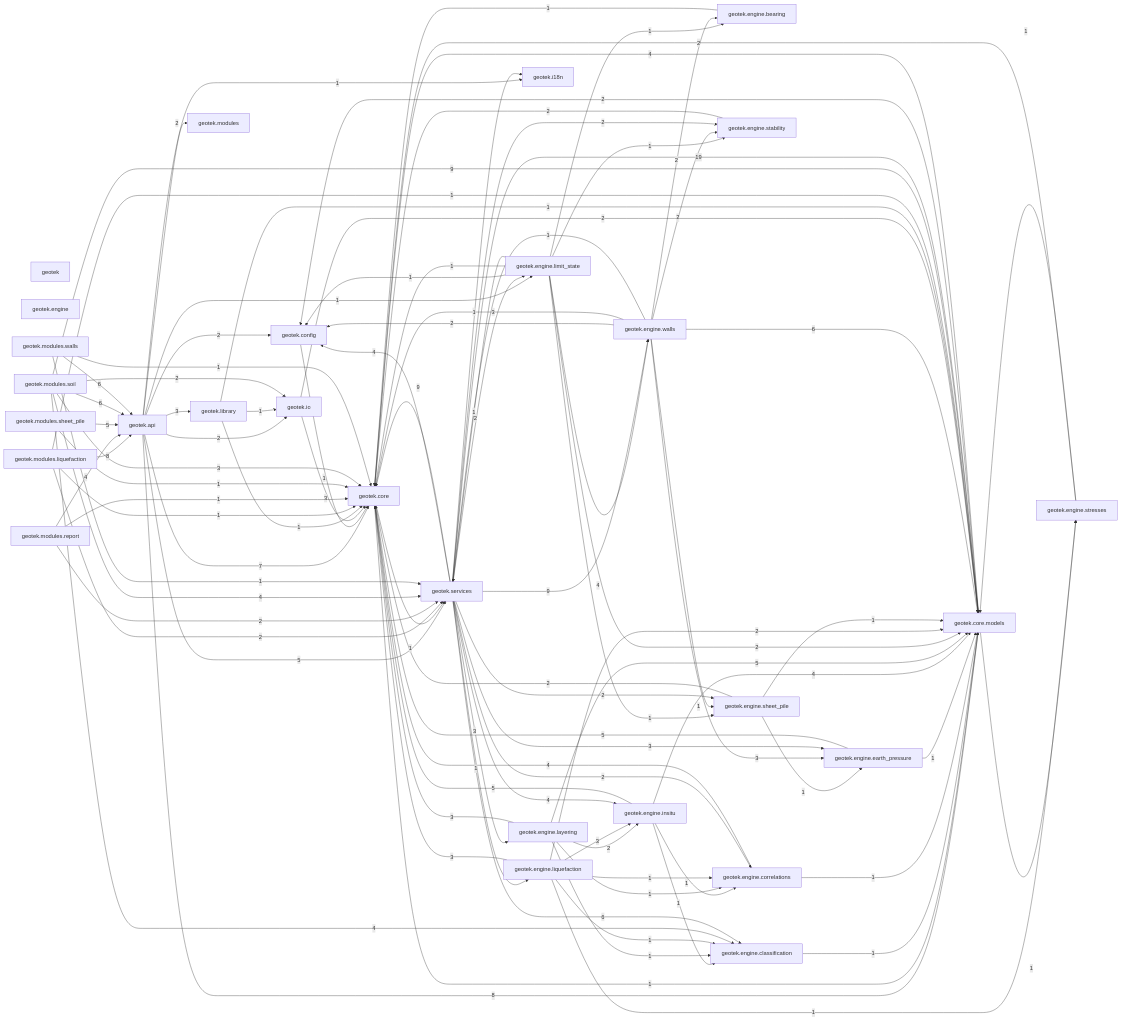
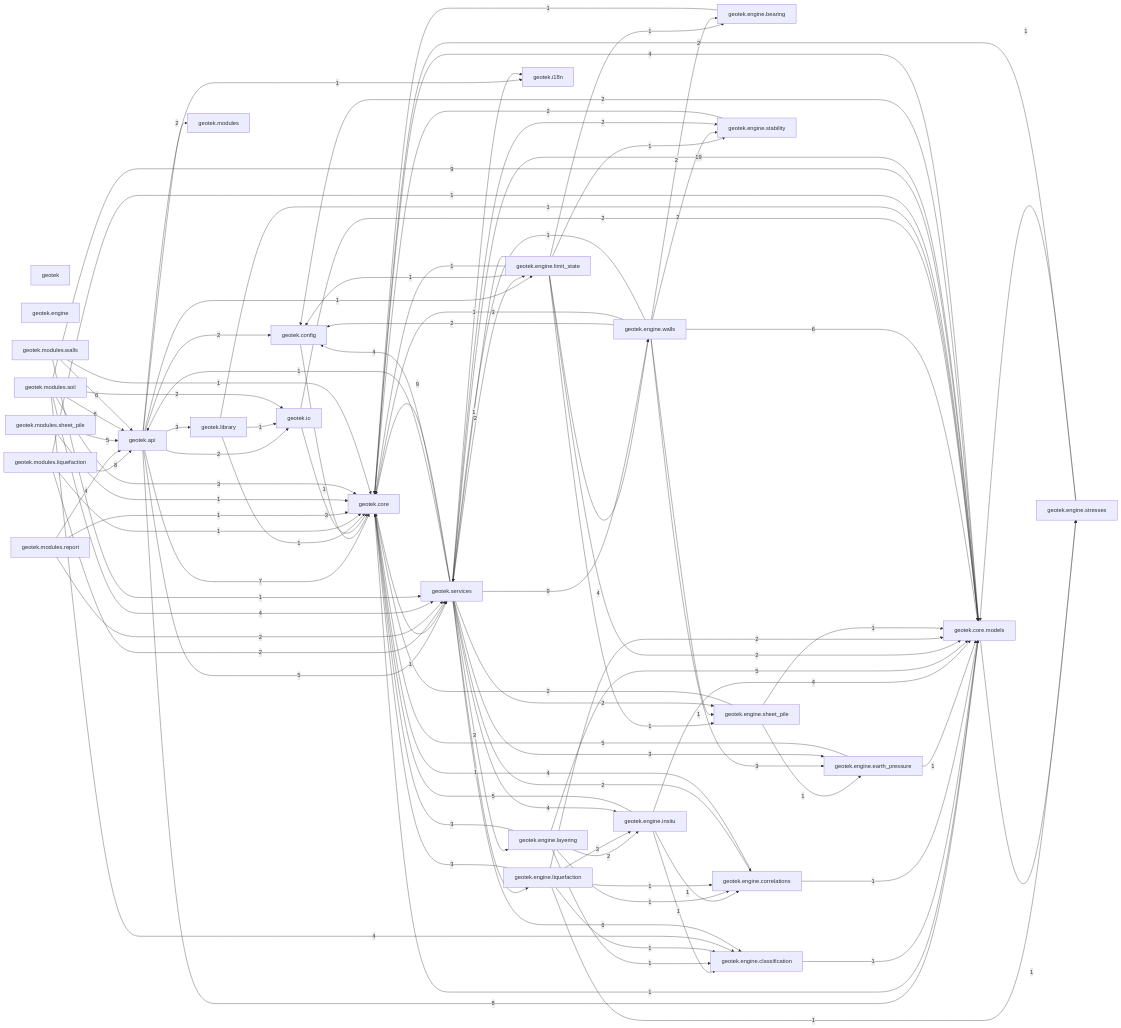
One commit to umutsertkaya/Foundation_Engineering_Program changed the first of 2 diagrams in docs/CODE_MAP.md. Above: the diagram before and after it, drawn with Mermaid. The commit also changed other lines of this file and 12 other files, not shown here.

```diff
--- a/docs/CODE_MAP.md
+++ b/docs/CODE_MAP.md
@@ -145,6 +145,7 @@
   geotek_modules_walls -->|6| geotek_api
   geotek_modules_walls -->|1| geotek_core
   geotek_modules_walls -->|1| geotek_services
+  geotek_services -->|1| geotek_api
   geotek_services -->|4| geotek_config
   geotek_services -->|9| geotek_core
   geotek_services -->|19| geotek_core_models
```
